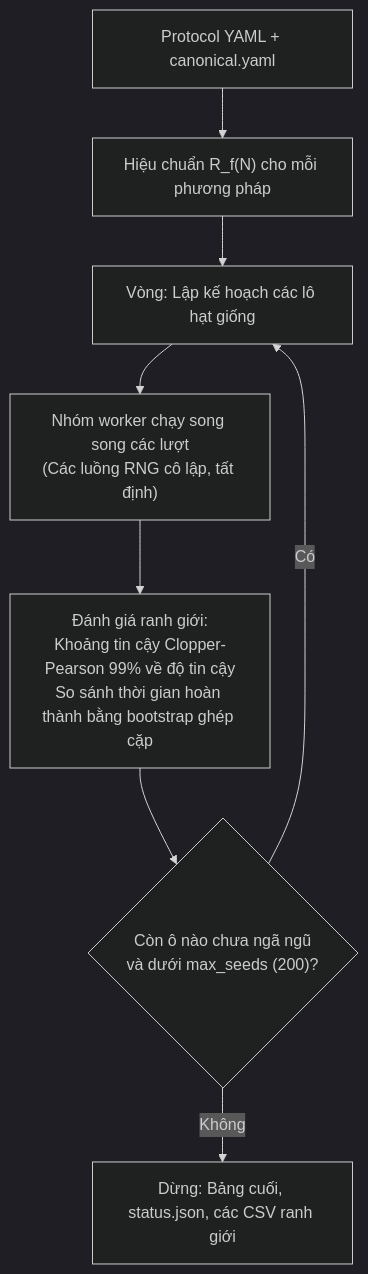
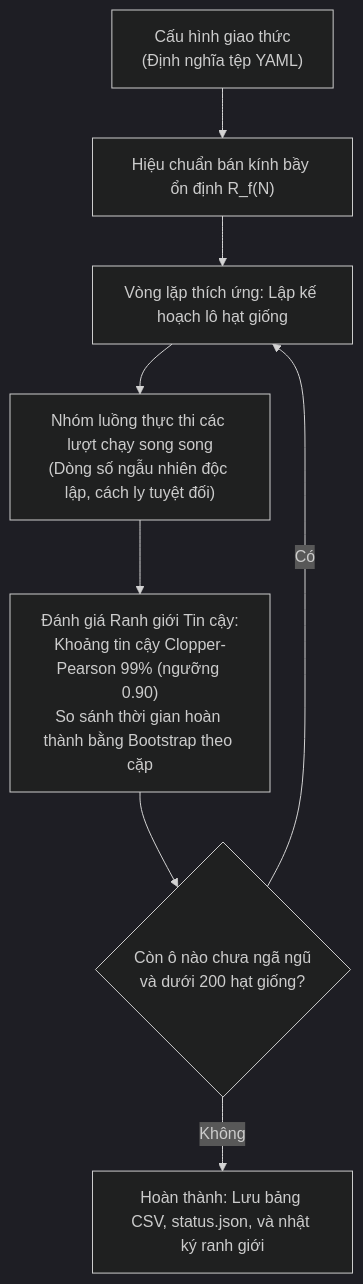
The diagram in README_vi.md (lykimq/HerdSim), drawn with Mermaid (dark theme) before and after one commit. The commit also changed other lines of this file and 1 other file, not shown here.

````diff
--- a/README_vi.md
+++ b/README_vi.md
@@ -102,10 +122,10 @@
 ```mermaid
 flowchart TD
-    P["Protocol YAML + canonical.yaml"] --> CAL["Hiệu chuẩn R_f(N) cho mỗi phương pháp"]
-    CAL --> R["Vòng: Lập kế hoạch các lô hạt giống"]
-    R --> W["Nhóm worker chạy song song các lượt<br/>(Các luồng RNG cô lập, tất định)"]
-    W --> F["Đánh giá ranh giới:<br/>Khoảng tin cậy Clopper-Pearson 99% về độ tin cậy<br/>So sánh thời gian hoàn thành bằng bootstrap ghép cặp"]
-    F --> Q{"Còn ô nào chưa ngã ngũ<br/>và dưới max_seeds (200)?"}
+    P["Cấu hình giao thức<br/>(Định nghĩa tệp YAML)"] --> CAL["Hiệu chuẩn bán kính bầy ổn định R_f(N)"]
+    CAL --> R["Vòng lặp thích ứng: Lập kế hoạch lô hạt giống"]
+    R --> W["Nhóm luồng thực thi các lượt chạy song song<br/>(Dòng số ngẫu nhiên độc lập, cách ly tuyệt đối)"]
+    W --> F["Đánh giá Ranh giới Tin cậy:<br/>Khoảng tin cậy Clopper-Pearson 99% (ngưỡng 0.90)<br/>So sánh thời gian hoàn thành bằng Bootstrap theo cặp"]
+    F --> Q{"Còn ô nào chưa ngã ngũ<br/>và dưới 200 hạt giống?"}
     Q -- Có --> R
-    Q -- Không --> S["Dừng: Bảng cuối, status.json, các CSV ranh giới"]
+    Q -- Không --> S["Hoàn thành: Lưu bảng CSV, status.json, và nhật ký ranh giới"]
 ```
````
